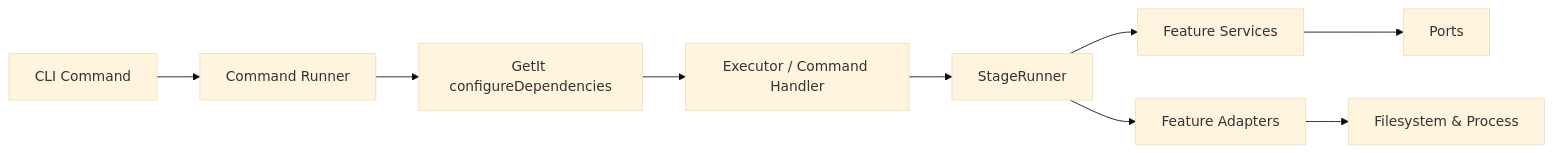
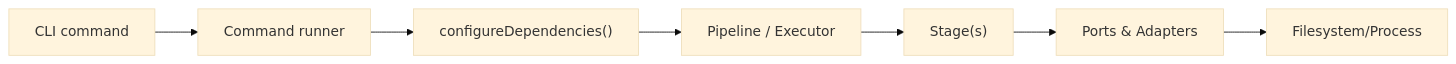
One commit to hhumbetovv/fullstack-template changed the diagram in flutter/scripts/README.md. Above: the diagram before and after it, drawn with Mermaid (base theme). The commit also changed other lines of this file and 40 other files, not shown here.

````diff
--- a/flutter/scripts/README.md
+++ b/flutter/scripts/README.md
@@ -58,11 +66,9 @@
 ```mermaid
 flowchart LR
-  CLI[CLI Command] --> Registry[Command Runner]
-  Registry --> DI[GetIt configureDependencies]
-  DI --> Orchestrator[Executor / Command Handler]
-  Orchestrator --> StageRunner[StageRunner]
-  StageRunner --> Services[Feature Services]
-  StageRunner --> Adapters[Feature Adapters]
-  Services --> Ports[Ports]
-  Adapters --> IO[Filesystem & Process]
+  CLI["CLI command"] --> Runner["Command runner"]
+  Runner --> DI["configureDependencies()"]
+  DI --> Pipeline["Pipeline / Executor"]
+  Pipeline --> Stage["Stage(s)"]
+  Stage --> Ports["Ports & Adapters"]
+  Ports --> IO["Filesystem/Process"]
 ```
````
